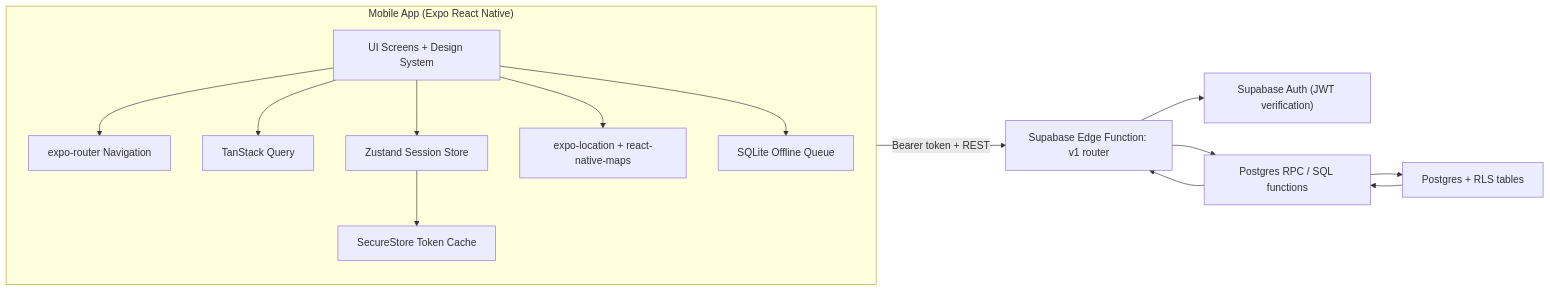
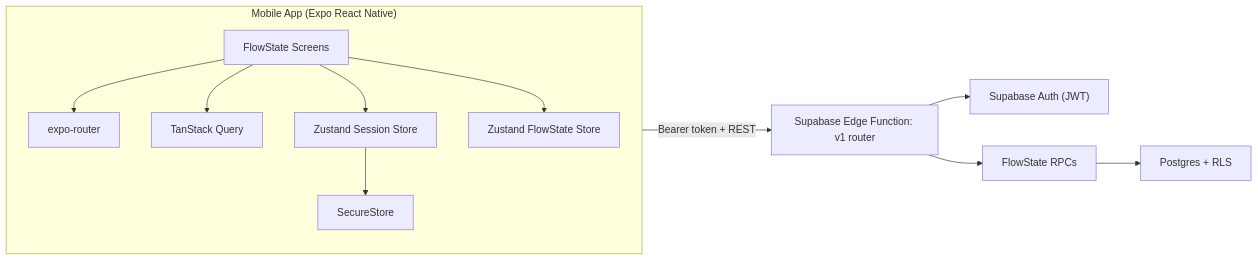
The diagram in docs/architecture.md (atul-krishnan/supreme-bassoon-passport-quest), drawn with Mermaid before and after one commit. The commit also changed other lines of this file and 36 other files, not shown here.

Commit message:
feat(flowstate): hard reset to flowstate-only product surface

````diff
--- a/docs/architecture.md
+++ b/docs/architecture.md
@@ -15,25 +15,21 @@
 ```mermaid
 flowchart LR
   subgraph Mobile["Mobile App (Expo React Native)"]
-    UI["UI Screens + Design System"]
-    Router["expo-router Navigation"]
+    UI["FlowState Screens"]
+    Router["expo-router"]
     Query["TanStack Query"]
     Session["Zustand Session Store"]
-    Offline["SQLite Offline Queue"]
-    Secure["SecureStore Token Cache"]
-    GPS["expo-location + react-native-maps"]
+    FlowStore["Zustand FlowState Store"]
+    Secure["SecureStore"]
     UI --> Router
     UI --> Query
     UI --> Session
-    UI --> GPS
+    UI --> FlowStore
     Session --> Secure
-    UI --> Offline
   end
 
   Mobile -->|"Bearer token + REST"| Edge["Supabase Edge Function: v1 router"]
-  Edge --> Auth["Supabase Auth (JWT verification)"]
-  Edge --> RPC["Postgres RPC / SQL functions"]
-  RPC --> DB["Postgres + RLS tables"]
-  DB --> RPC
-  RPC --> Edge
+  Edge --> Auth["Supabase Auth (JWT)"]
+  Edge --> RPC["FlowState RPCs"]
+  RPC --> DB["Postgres + RLS"]
 ```
````
